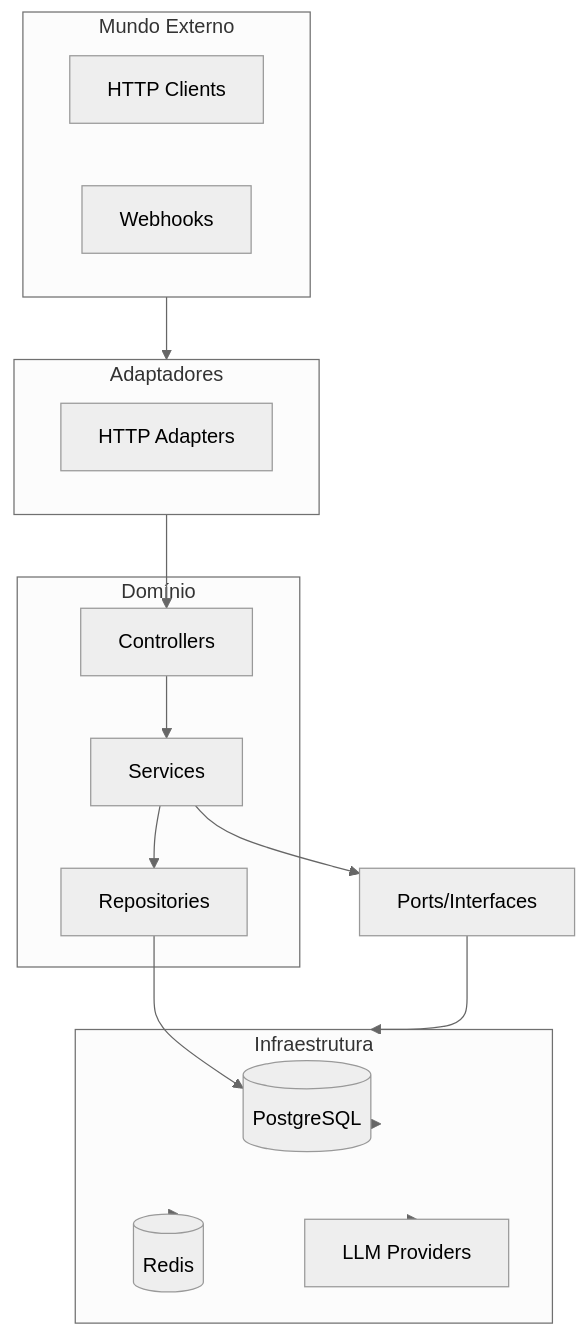
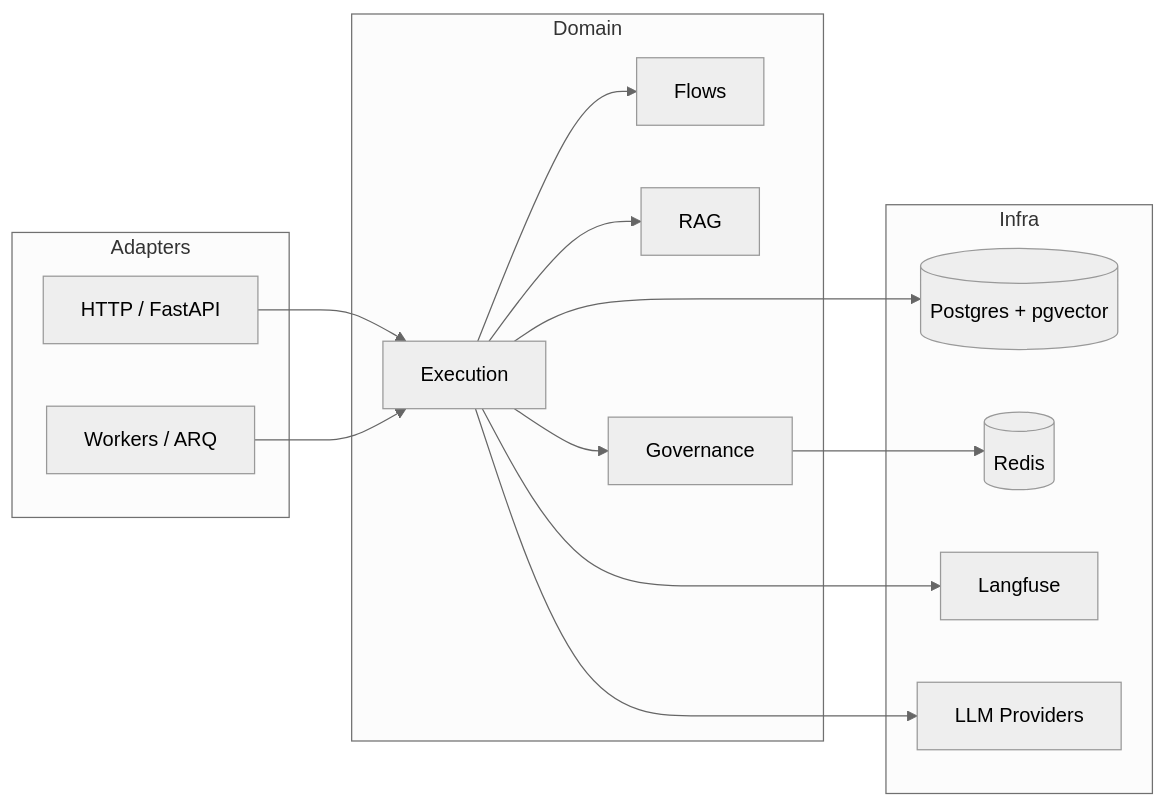
Before and after one commit to marcosvs98/agent-orchestration-core: the diagram in README.md, drawn with Mermaid (neutral theme). The commit also changed other lines of this file and 2 other files, not shown here.

````diff
--- a/README.md
+++ b/README.md
@@ -92,34 +55,25 @@
 ```mermaid
-flowchart TB
-    subgraph External["Mundo Externo"]
-        HTTP[HTTP Clients]
-        Webhooks[Webhooks]
-    end
-
-    subgraph Adapters["Adaptadores"]
-        HTTPAdapter[HTTP Adapters]
-    end
-
-    subgraph Domain["Domínio"]
-        Controllers[Controllers]
-        Services[Services]
-        Repositories[Repositories]
-    end
-
-    subgraph Infra["Infraestrutura"]
-        Database[(PostgreSQL)]
-        Redis[(Redis)]
-        LLMProviders[LLM Providers]
-    end
-
-    External --> Adapters
-    Adapters --> Controllers
-    Controllers --> Services
-    Services --> Repositories
-    Services --> Ports[Ports/Interfaces]
-    Repositories --> Database
-    Ports --> Infra
-    Infra --> Database
-    Infra --> Redis
-    Infra --> LLMProviders
+flowchart LR
+  subgraph Adapters
+    HTTP[HTTP / FastAPI]
+    Jobs[Workers / ARQ]
+  end
+  subgraph Domain
+    EX[Execution]
+    FL[Flows]
+    RAG[RAG]
+    GOV[Governance]
+  end
+  subgraph Infra
+    DB[(Postgres + pgvector)]
+    RD[(Redis)]
+    LF[Langfuse]
+    LLM[LLM Providers]
+  end
+  HTTP --> EX
+  Jobs --> EX
+  EX --> FL & RAG & GOV
+  EX --> DB & LF
+  GOV --> RD
+  EX --> LLM
 ```
````
